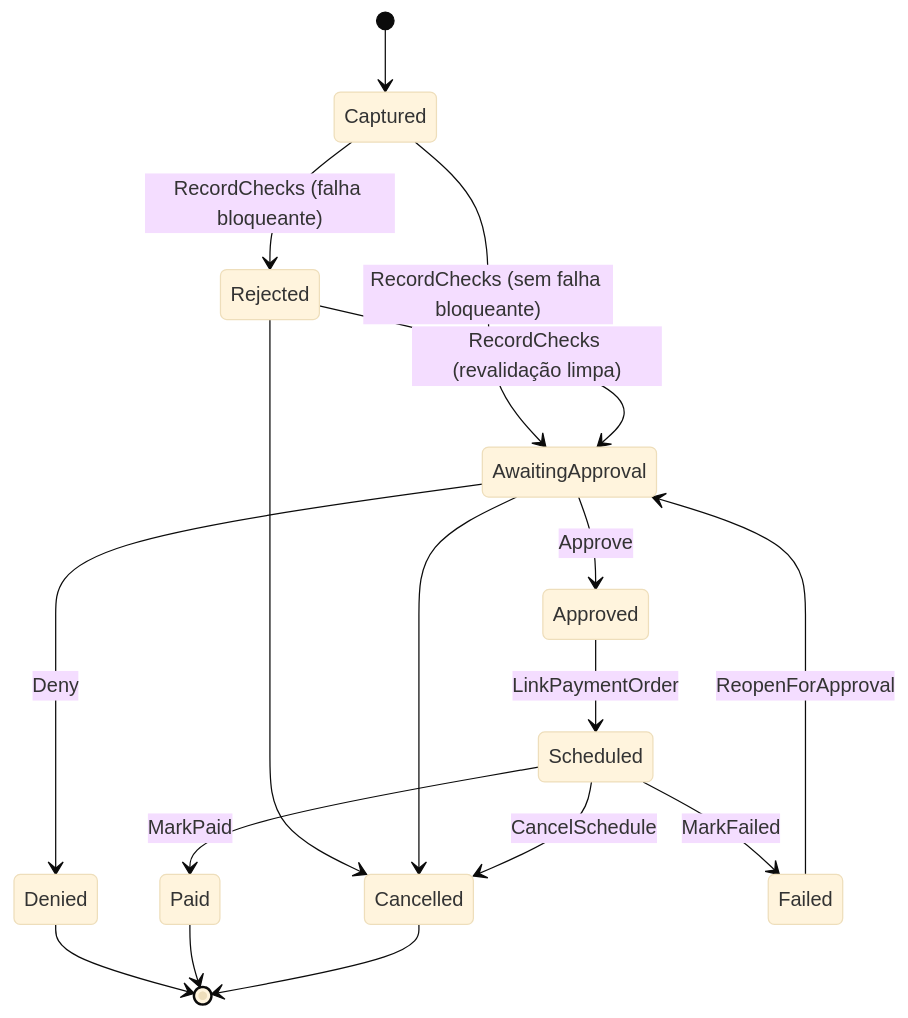
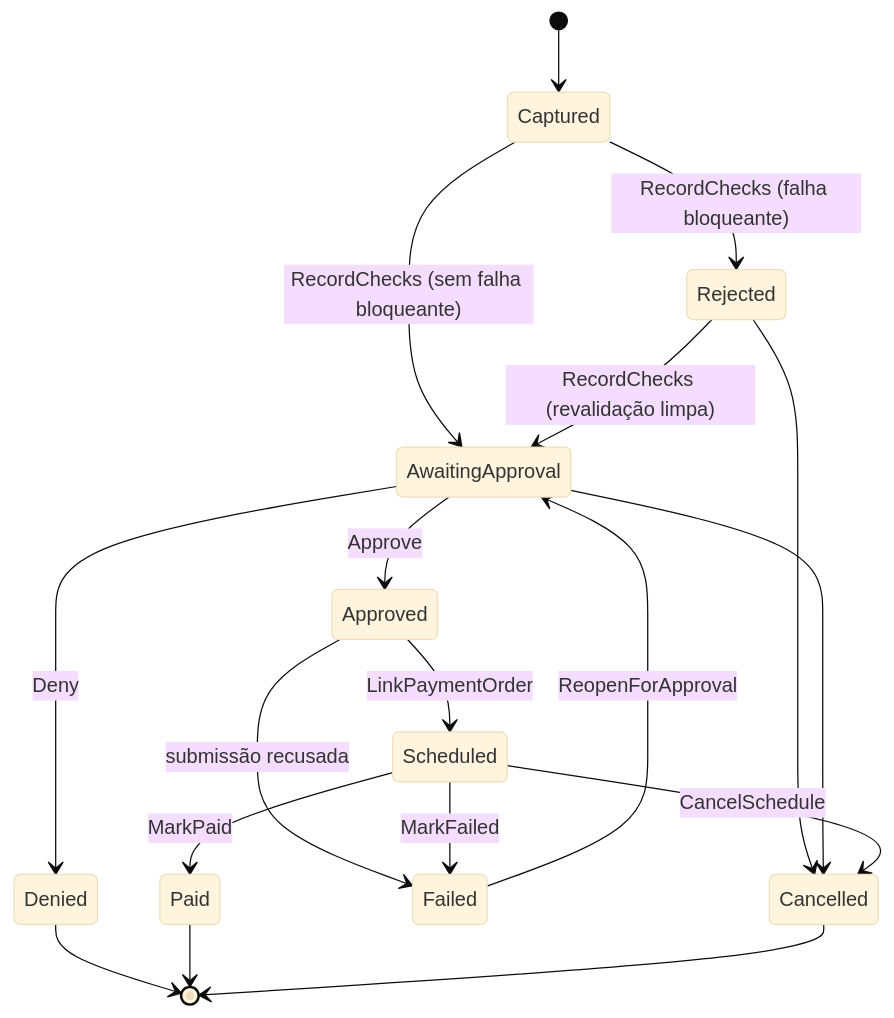
The second of 2 diagrams in server/Services/BillPayment/BillPayment.Architecture/02-domain-model.md (IgorCoura/rufino-project), drawn with Mermaid (base theme) before and after one commit. The commit also changed other lines of this file and 66 other files, not shown here.

````diff
--- a/server/Services/BillPayment/BillPayment.Architecture/02-domain-model.md
+++ b/server/Services/BillPayment/BillPayment.Architecture/02-domain-model.md
@@ -68,19 +68,20 @@
 ```mermaid
 stateDiagram-v2
   [*] --> Captured
   Captured --> AwaitingApproval: RecordChecks (sem falha bloqueante)
   Captured --> Rejected: RecordChecks (falha bloqueante)
   Rejected --> AwaitingApproval: RecordChecks (revalidação limpa)
   Rejected --> Cancelled
   AwaitingApproval --> Approved: Approve
   AwaitingApproval --> Denied: Deny
   AwaitingApproval --> Cancelled
   Approved --> Scheduled: LinkPaymentOrder
+  Approved --> Failed: submissão recusada
   Denied --> [*]
   Scheduled --> Paid: MarkPaid
   Scheduled --> Failed: MarkFailed
   Scheduled --> Cancelled: CancelSchedule
   Failed --> AwaitingApproval: ReopenForApproval
   Paid --> [*]
   Cancelled --> [*]
 ```
````
